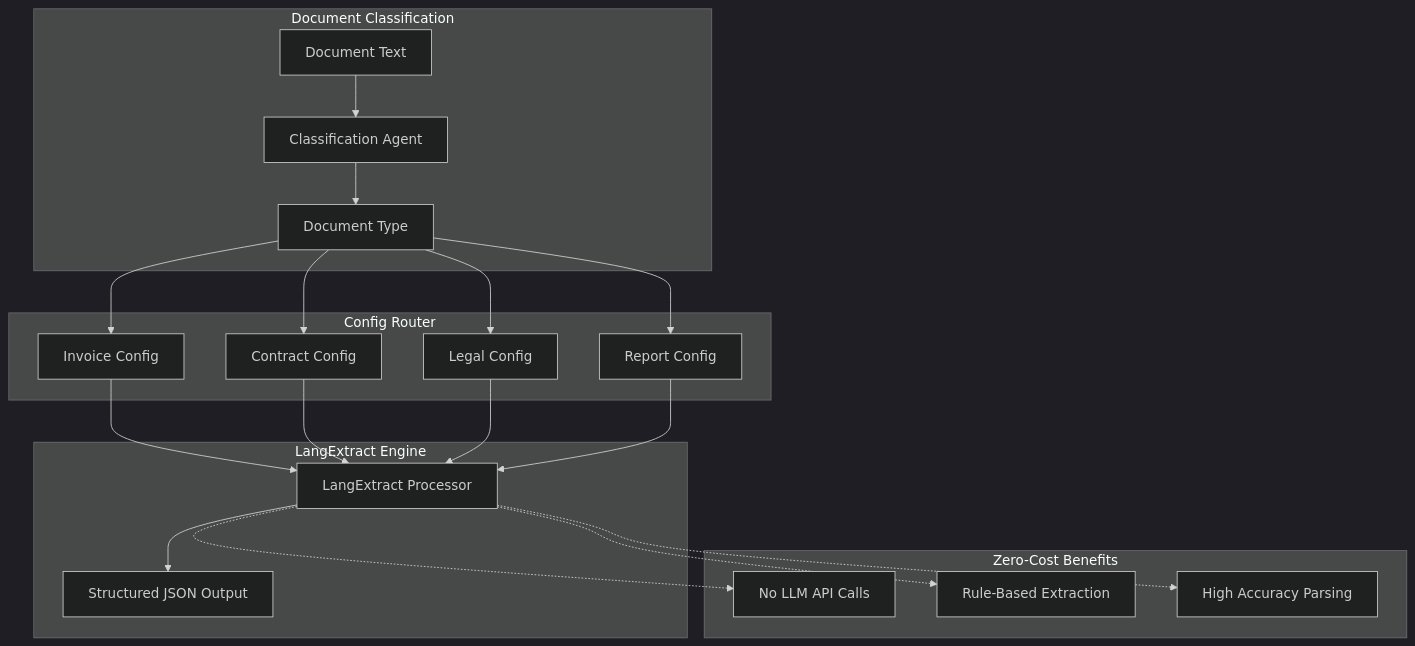
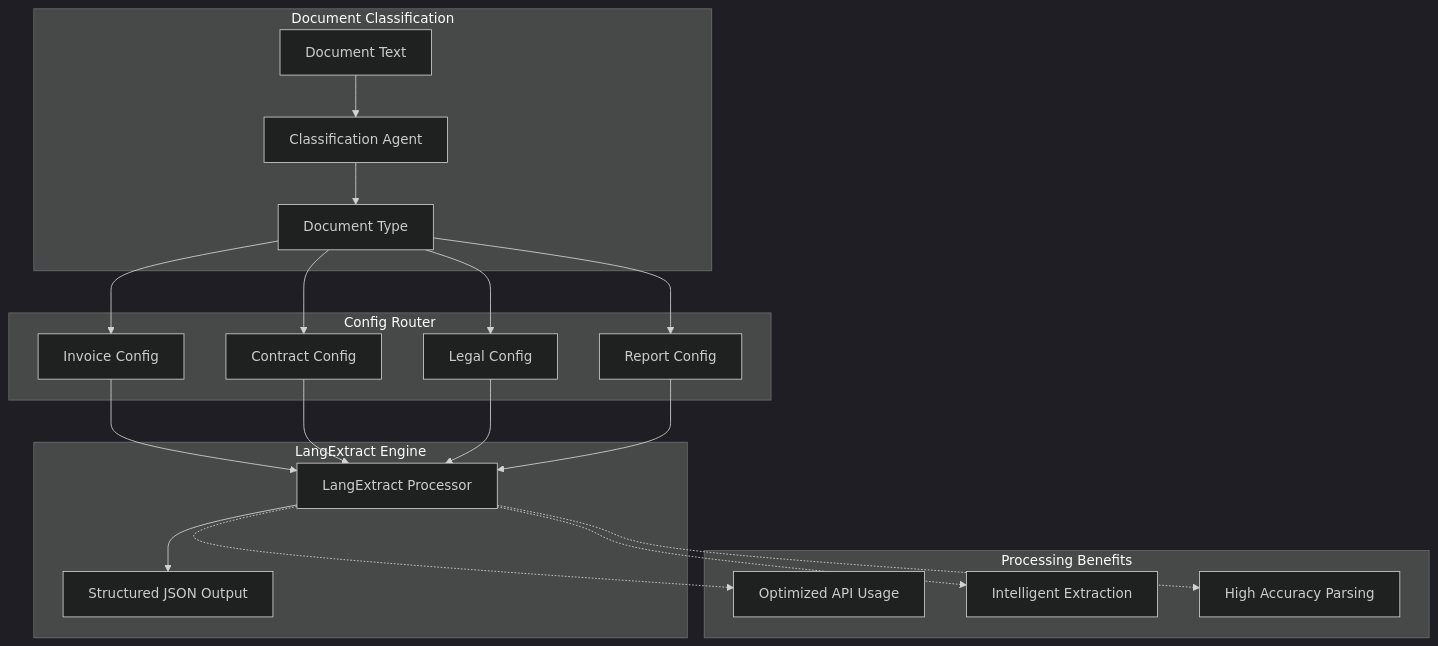
One commit to h19overflow/scaled_processing changed the sixth of 8 diagrams in README.md. Above: the diagram before and after it, drawn with Mermaid (dark theme). The commit also changed other lines of this file, not shown here.

First line of the commit message:
chore: update README.md with revised benefits terminology in architecture diagram

````diff
--- a/README.md
+++ b/README.md
@@ -233,32 +233,32 @@
 ```mermaid
 flowchart TB
     subgraph "Document Classification"
         A[Document Text] --> B[Classification Agent]
         B --> C[Document Type]
     end
 
     subgraph "Config Router"
         C --> D[Invoice Config]
         C --> E[Contract Config]
         C --> F[Legal Config]
         C --> G[Report Config]
     end
 
     subgraph "LangExtract Engine"
         D --> H[LangExtract Processor]
         E --> H
         F --> H
         G --> H
         H --> I[Structured JSON Output]
     end
 
-    subgraph "Zero-Cost Benefits"
-        J[No LLM API Calls]
-        K[Rule-Based Extraction]
+    subgraph "Processing Benefits"
+        J[Optimized API Usage]
+        K[Intelligent Extraction]
         L[High Accuracy Parsing]
     end
 
     H -.-> J
     H -.-> K
     H -.-> L
 ```
````
